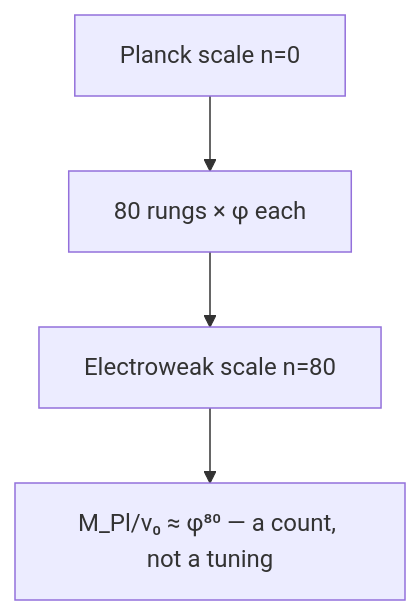
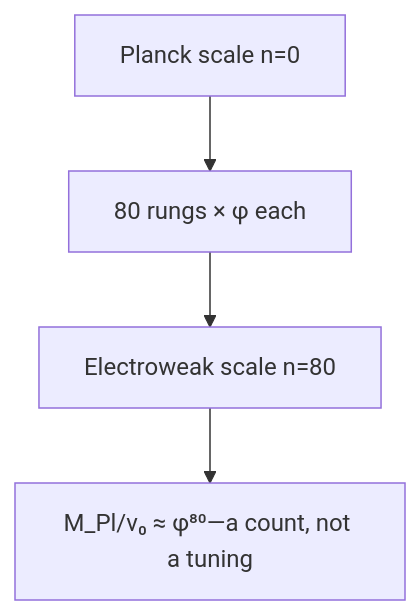
Diagram 11 of 38 in CassiTheory/open-questions-cassi-answers.md (CassiTheOracle/cassi), drawn with Mermaid before and after one commit. The commit also changed other lines of this file and 14 other files, not shown here.

````diff
--- a/CassiTheory/open-questions-cassi-answers.md
+++ b/CassiTheory/open-questions-cassi-answers.md
@@ -325,6 +325,6 @@
 ```mermaid
 flowchart TD
     A[Planck scale n=0] --> B[80 rungs × φ each]
     B --> C[Electroweak scale n=80]
-    C --> D[M_Pl/v₀ ≈ φ⁸⁰ — a count, not a tuning]
+    C --> D[M_Pl/v₀ ≈ φ⁸⁰—a count, not a tuning]
 ```
````
